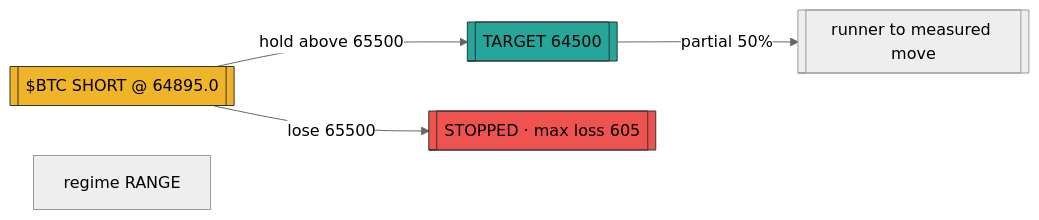
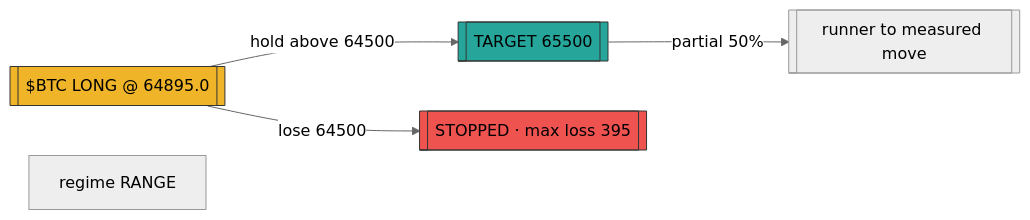
Before and after one commit to prx0r/BEAR: the diagram in astronomer/data/proveout_posts_astronomer_zero/2085663204093612352.mmd, drawn with Mermaid (neutral theme). The commit also changed 586 other files, not shown here.

```diff
--- a/astronomer/data/proveout_posts_astronomer_zero/2085663204093612352.mmd
+++ b/astronomer/data/proveout_posts_astronomer_zero/2085663204093612352.mmd
@@ -1,9 +1,9 @@
 flowchart LR
-    sig[["$BTC SHORT @ 64895.0"]]
-    sig -->|"hold above 65500"| tgt[["TARGET 64500"]]
-    sig -->|"lose 65500"| stp[["STOPPED · max loss 605"]]
+    sig[["$BTC LONG @ 64895.0"]]
+    sig -->|"hold above 64500"| tgt[["TARGET 65500"]]
+    sig -->|"lose 64500"| stp[["STOPPED · max loss 395"]]
     tgt -->|"partial 50%"| t2[["runner to measured move"]]
     style sig fill:#f0b429,stroke:#333
     style tgt fill:#26a69a,stroke:#333
     style stp fill:#ef5350,stroke:#333
     sub["regime RANGE" ]
```
